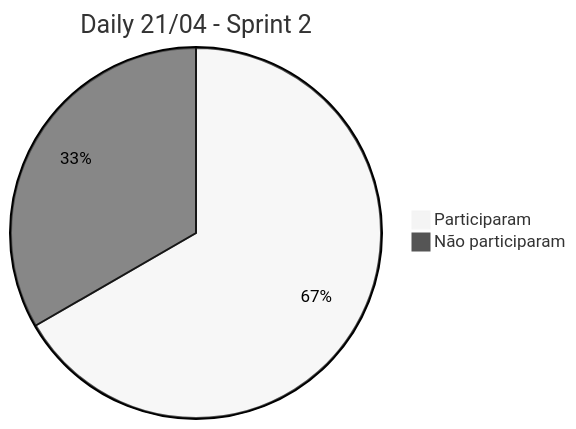
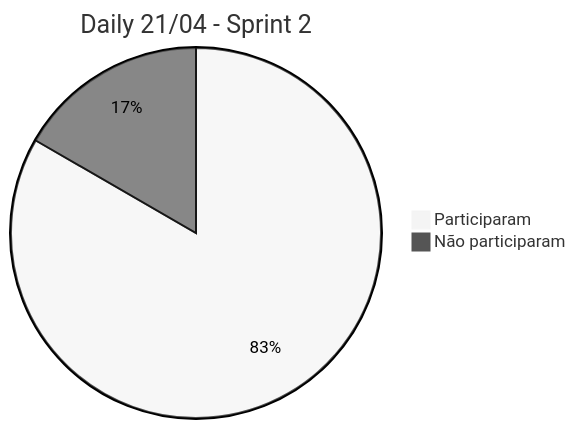
One commit to VeiculosMontadora/Backup_Wiki changed the seventh of 7 diagrams in Sprints.md. Above: the diagram before and after it, drawn with Mermaid (neutral theme). The commit also changed other lines of this file and 11 other files, not shown here.

````diff
--- a/Sprints.md
+++ b/Sprints.md
@@ -111,5 +112,5 @@
 ```mermaid
 pie title Daily 21/04 - Sprint 2
-    "Participaram" : 12
-    "Não participaram" : 6
+    "Participaram" : 15
+    "Não participaram" : 3
 ```
````
